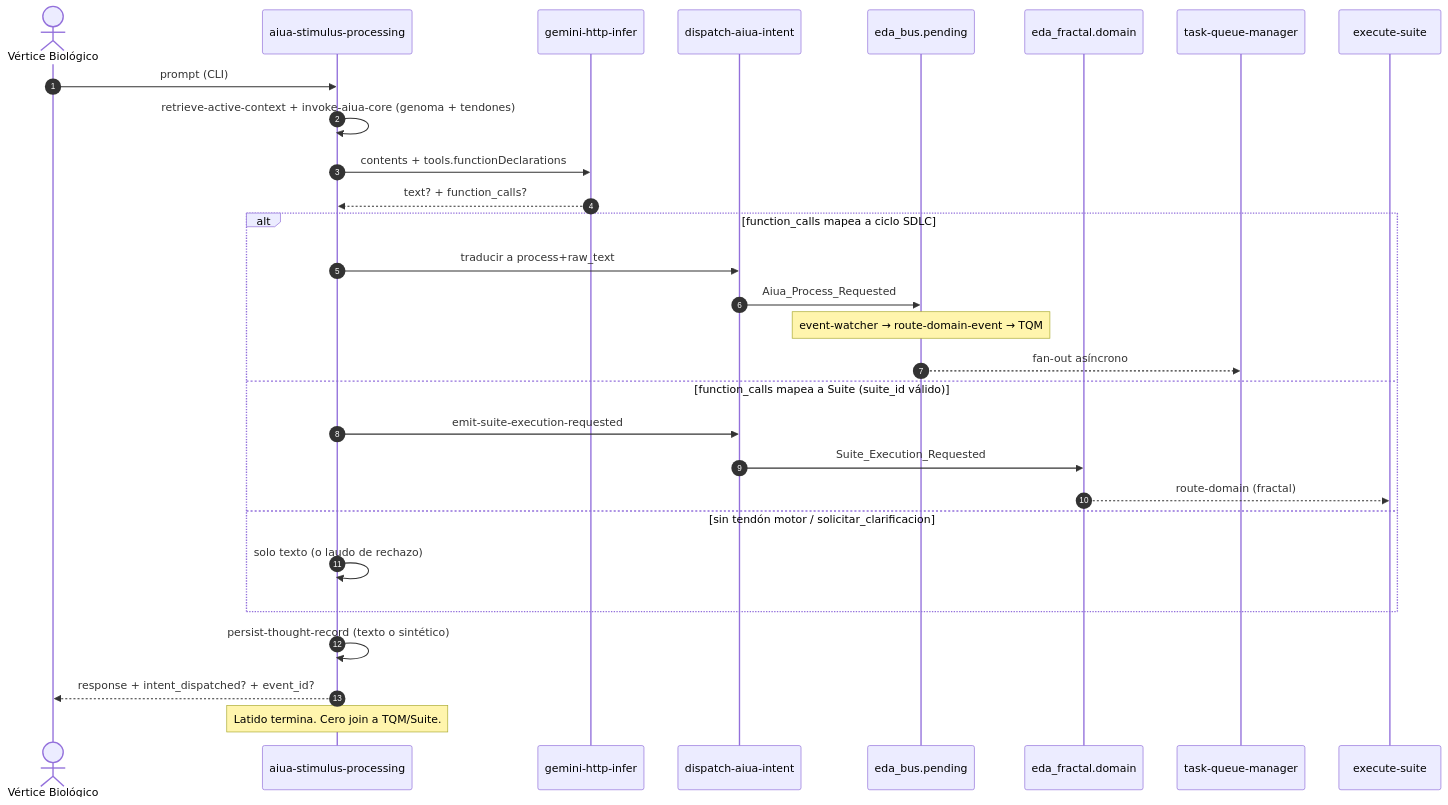
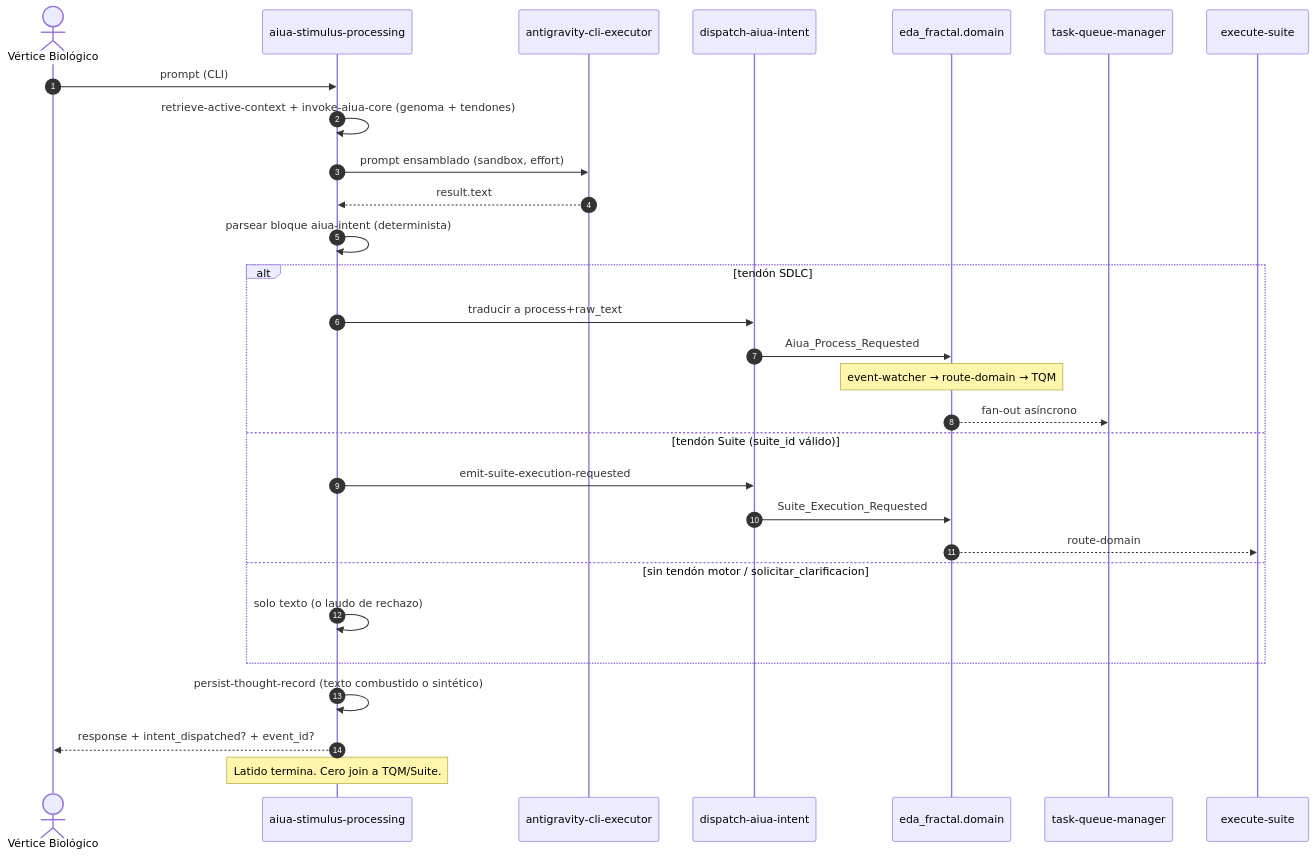
Before and after one commit to racso80es/SddIA: the diagram in docs/todos/pending/[NÚCLEO] Anatomía Motora de Aiúa — Inyección de Capacidades (Function Calling) y Orquestación EDA.md, drawn with Mermaid. The commit also changed other lines of this file and 4 other files, not shown here.

````diff
--- a/docs/todos/pending/[NÚCLEO] Anatomía Motora de Aiúa — Inyección de Capacidades (Function Calling) y Orquestación EDA.md
+++ b/docs/todos/pending/[NÚCLEO] Anatomía Motora de Aiúa — Inyección de Capacidades (Function Calling) y Orquestación EDA.md
@@ -98,34 +115,35 @@
 ```mermaid
 sequenceDiagram
     autonumber
     actor Racso as Vértice Biológico
     participant Process as aiua-stimulus-processing
-    participant Infer as gemini-http-infer
+    participant Infer as antigravity-cli-executor
     participant Dispatch as dispatch-aiua-intent
-    participant Pending as eda_bus.pending
     participant Fractal as eda_fractal.domain
     participant TQM as task-queue-manager
     participant Suite as execute-suite
 
     Racso->>Process: prompt (CLI)
     Process->>Process: retrieve-active-context + invoke-aiua-core (genoma + tendones)
-    Process->>Infer: contents + tools.functionDeclarations
-    Infer-->>Process: text? + function_calls?
+    Process->>Infer: prompt ensamblado (sandbox, effort)
+    Infer-->>Process: result.text
 
-    alt function_calls mapea a ciclo SDLC
+    Process->>Process: parsear bloque aiua-intent (determinista)
+
+    alt tendón SDLC
         Process->>Dispatch: traducir a process+raw_text
-        Dispatch->>Pending: Aiua_Process_Requested
-        Note over Pending: event-watcher → route-domain-event → TQM
-        Pending-->>TQM: fan-out asíncrono
-    else function_calls mapea a Suite (suite_id válido)
+        Dispatch->>Fractal: Aiua_Process_Requested
+        Note over Fractal: event-watcher → route-domain → TQM
+        Fractal-->>TQM: fan-out asíncrono
+    else tendón Suite (suite_id válido)
         Process->>Dispatch: emit-suite-execution-requested
         Dispatch->>Fractal: Suite_Execution_Requested
-        Fractal-->>Suite: route-domain (fractal)
+        Fractal-->>Suite: route-domain
     else sin tendón motor / solicitar_clarificacion
         Process->>Process: solo texto (o laudo de rechazo)
     end
 
-    Process->>Process: persist-thought-record (texto o sintético)
+    Process->>Process: persist-thought-record (texto combustido o sintético)
     Process-->>Racso: response + intent_dispatched? + event_id?
     Note over Process: Latido termina. Cero join a TQM/Suite.
 ```
````
